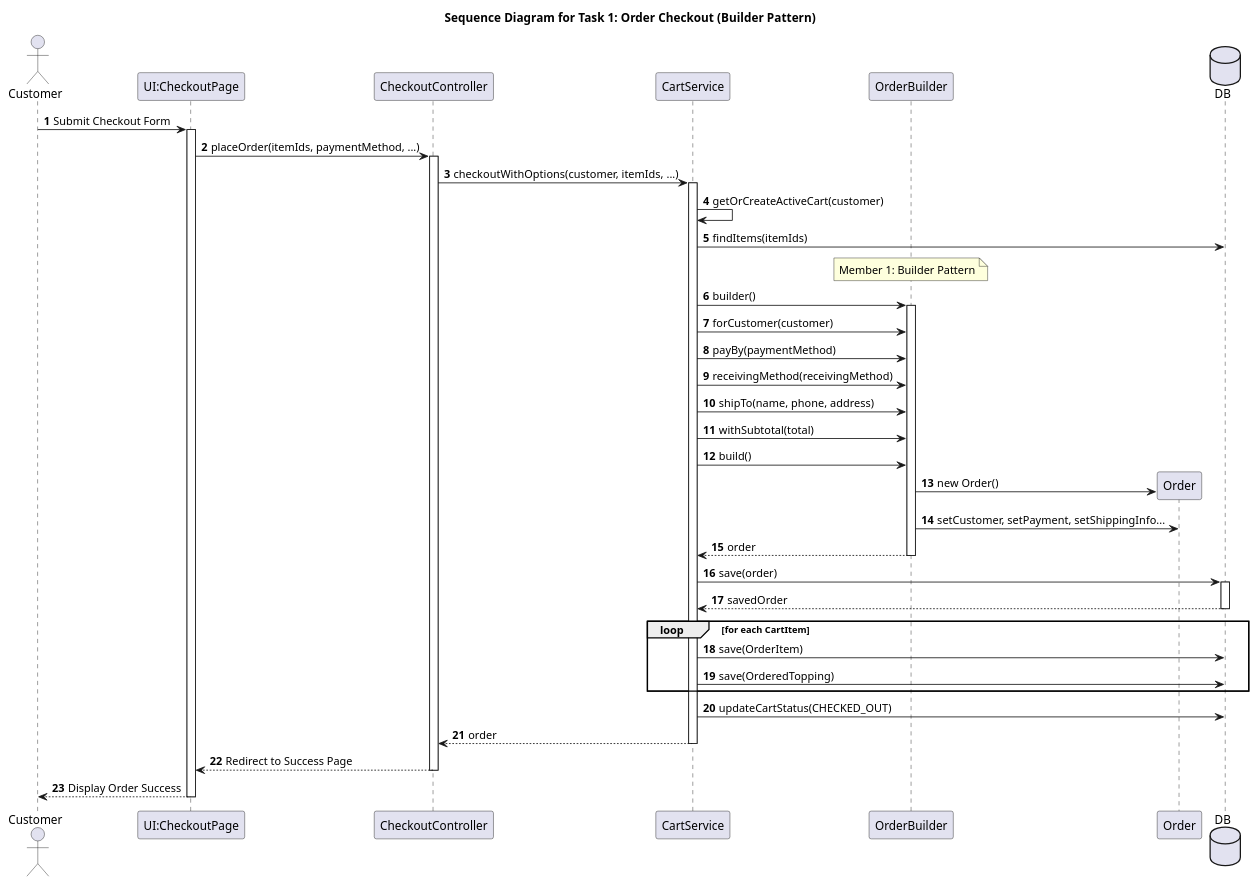
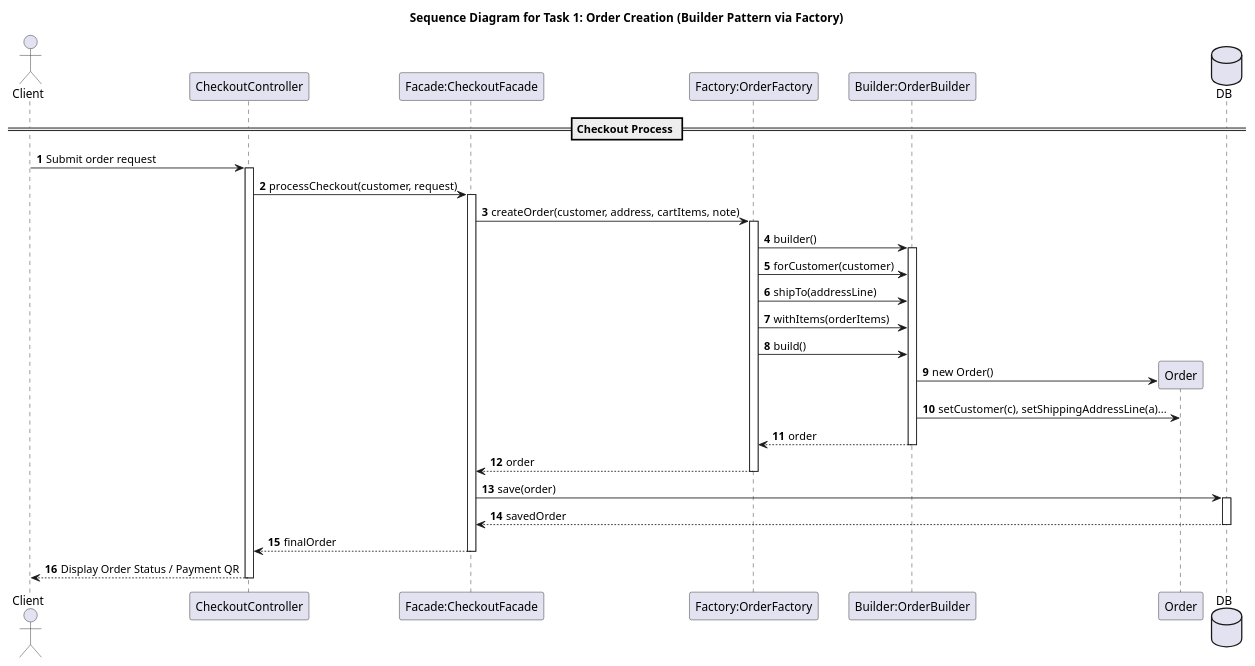
One commit to vothnha26/Object-Oriented_Design changed the diagram in problems/Member1_OrderFlow/task1_builder_sequence.puml. Above: the diagram before and after it, drawn with PlantUML. The commit also changed 27 other files, not shown here.

Commit message:
docs: update design problems and sequence diagrams, remove SHIPPER role, and transition to Session/Cookie cart model

```diff
--- a/problems/Member1_OrderFlow/task1_builder_sequence.puml
+++ b/problems/Member1_OrderFlow/task1_builder_sequence.puml
@@ -1,58 +1,49 @@
-@startuml
-title Sequence Diagram for Task 1: Order Checkout (Builder Pattern)
+@startuml task1_builder_sequence
+title Sequence Diagram for Task 1: Order Creation (Builder Pattern via Factory)
 autonumber
 
-actor Customer
-participant "UI:CheckoutPage" as UI
+actor Client
 participant "CheckoutController" as CC
-participant "CartService" as CS
-participant "OrderBuilder" as OB
+participant "Facade:CheckoutFacade" as CF
+participant "Factory:OrderFactory" as OF
+participant "Builder:OrderBuilder" as OB
 participant "Order" as O
 database DB
 
-Customer -> UI : Submit Checkout Form
-activate UI
-UI -> CC : placeOrder(itemIds, paymentMethod, ...)
+== Checkout Process ==
+Client -> CC : Submit order request
 activate CC
 
-CC -> CS : checkoutWithOptions(customer, itemIds, ...)
-activate CS
+CC -> CF : processCheckout(customer, request)
+activate CF
 
-CS -> CS : getOrCreateActiveCart(customer)
-CS -> DB : findItems(itemIds)
+CF -> OF : createOrder(customer, address, cartItems, note)
+activate OF
 
-note over OB: Member 1: Builder Pattern
-CS -> OB : builder()
+OF -> OB : builder()
 activate OB
-CS -> OB : forCustomer(customer)
-CS -> OB : payBy(paymentMethod)
-CS -> OB : receivingMethod(receivingMethod)
-CS -> OB : shipTo(name, phone, address)
-CS -> OB : withSubtotal(total)
-CS -> OB : build()
+OF -> OB : forCustomer(customer)
+OF -> OB : shipTo(addressLine)
+OF -> OB : withItems(orderItems)
+OF -> OB : build()
 
 OB -> O** : new Order()
-OB -> O : setCustomer, setPayment, setShippingInfo...
-OB --> CS : order
+OB -> O : setCustomer(c), setShippingAddressLine(a)...
+OB --> OF : order
 deactivate OB
 
-CS -> DB : save(order)
+OF --> CF : order
+deactivate OF
+
+CF -> DB : save(order)
 activate DB
-DB --> CS : savedOrder
+DB --> CF : savedOrder
 deactivate DB
 
-loop for each CartItem
-    CS -> DB : save(OrderItem)
-    CS -> DB : save(OrderedTopping)
-end
+CF --> CC : finalOrder
+deactivate CF
 
-CS -> DB : updateCartStatus(CHECKED_OUT)
-CS --> CC : order
-deactivate CS
-
-CC --> UI : Redirect to Success Page
+CC --> Client : Display Order Status / Payment QR
 deactivate CC
-UI --> Customer : Display Order Success
-deactivate UI
 
 @enduml
```
